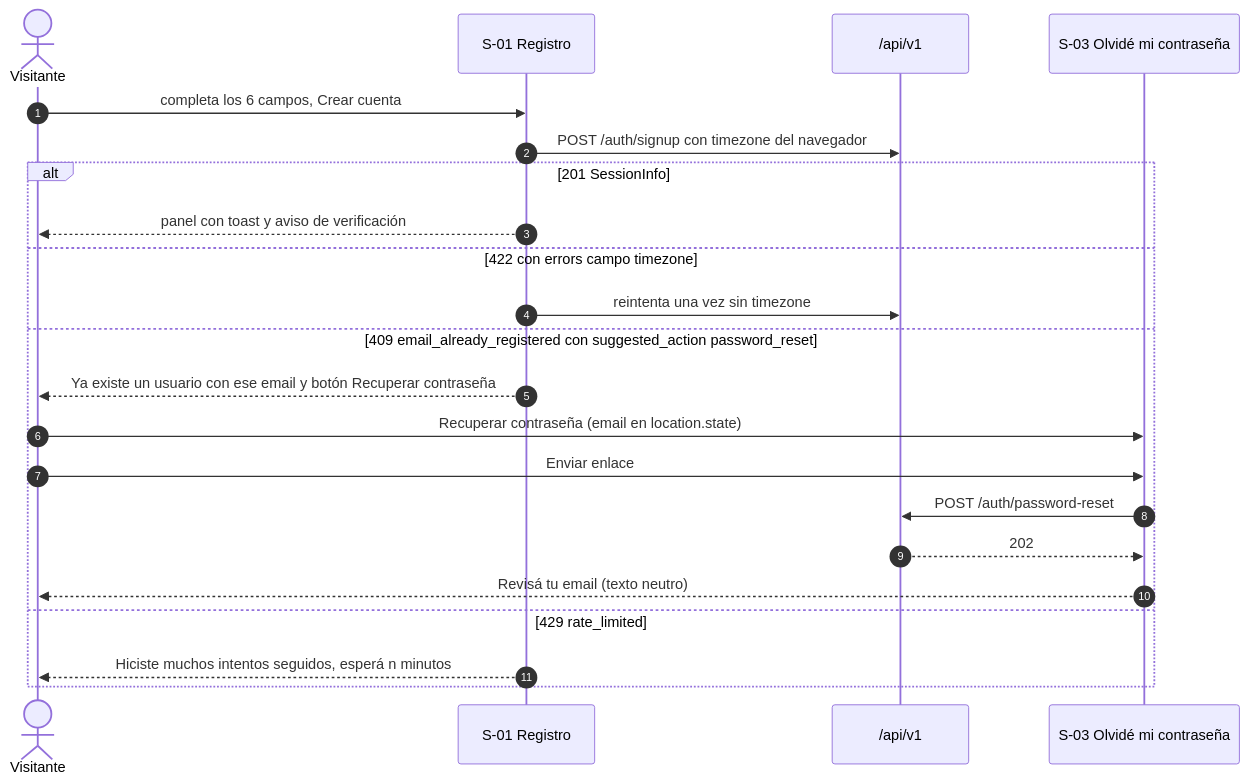
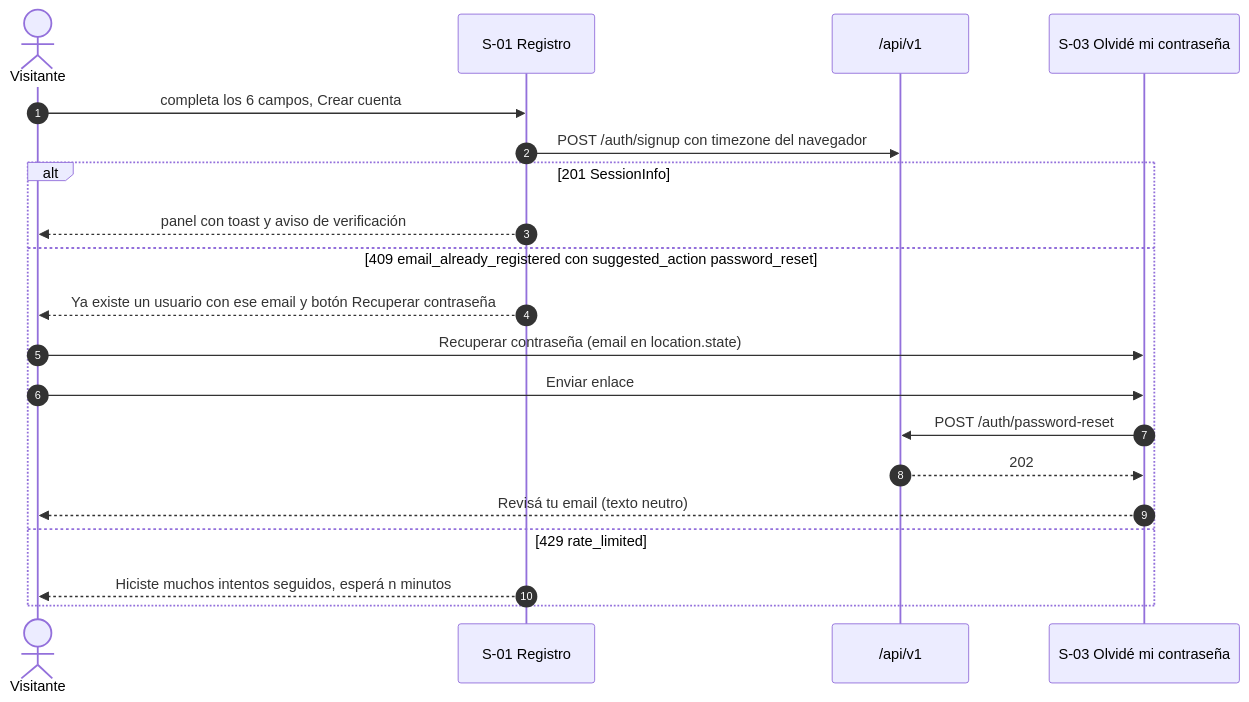
Before and after one commit to fdelillo/crm: the seventh of 9 diagrams in specs/001-empresas-usuarios/ui.md, drawn with Mermaid. The commit also changed other lines of this file and 7 other files, not shown here.

````diff
--- a/specs/001-empresas-usuarios/ui.md
+++ b/specs/001-empresas-usuarios/ui.md
@@ -1195,25 +1326,23 @@
 ```mermaid
 sequenceDiagram
     autonumber
     actor V as Visitante
     participant S as S-01 Registro
     participant API as /api/v1
     participant F as S-03 Olvidé mi contraseña
 
     V->>S: completa los 6 campos, Crear cuenta
     S->>API: POST /auth/signup con timezone del navegador
     alt 201 SessionInfo
         S-->>V: panel con toast y aviso de verificación
-    else 422 con errors campo timezone
-        S->>API: reintenta una vez sin timezone
     else 409 email_already_registered con suggested_action password_reset
         S-->>V: Ya existe un usuario con ese email y botón Recuperar contraseña
         V->>F: Recuperar contraseña (email en location.state)
         V->>F: Enviar enlace
         F->>API: POST /auth/password-reset
         API-->>F: 202
         F-->>V: Revisá tu email (texto neutro)
     else 429 rate_limited
         S-->>V: Hiciste muchos intentos seguidos, esperá n minutos
     end
 ```
````
